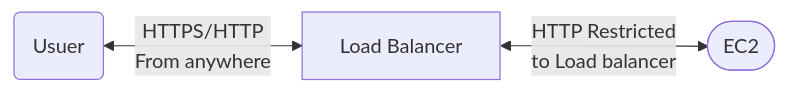
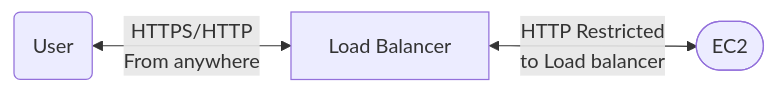
The first of 12 diagrams in readme.md (Xifu2018/AWS_SAA_NOTE), drawn with Mermaid before and after one commit. The commit also changed other lines of this file, not shown here.

````diff
--- a/readme.md
+++ b/readme.md
@@ -1087,5 +1322,5 @@
         ```mermaid
         flowchart LR
-        A(Usuer) <--HTTPS/HTTP<br>From anywhere--> B[Load Balancer]
+        A(User) <--HTTPS/HTTP<br>From anywhere--> B[Load Balancer]
         B <--HTTP Restricted<br>to Load balancer--> C([EC2])
         ```
````
